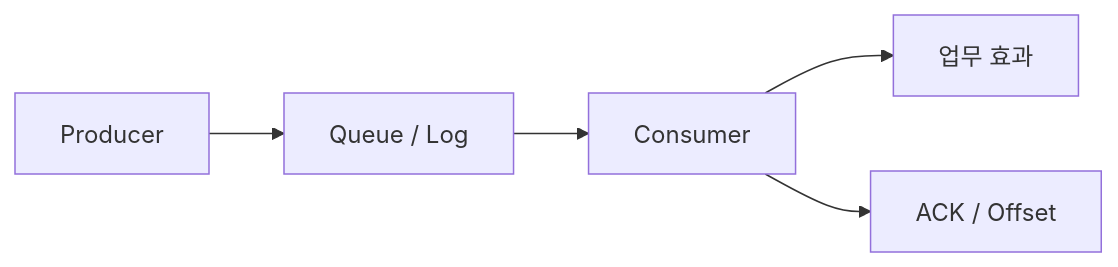
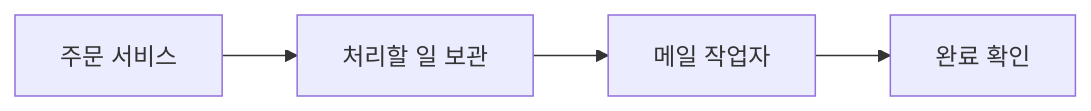
Before and after one commit to moocongpapa/it-study: the diagram in content/topics/message-queues.md, drawn with Mermaid. The commit also changed other lines of this file and 71 other files, not shown here.

````diff
--- a/content/topics/message-queues.md
+++ b/content/topics/message-queues.md
@@ -6,5 +20,4 @@
 ```mermaid
 flowchart LR
-  P["Producer"] --> Q["Queue / Log"] --> C["Consumer"] --> D["업무 효과"]
-  C --> A["ACK / Offset"]
+ A["주문 서비스"] --> B["처리할 일 보관"] --> C["메일 작업자"] --> D["완료 확인"]
 ```
````
